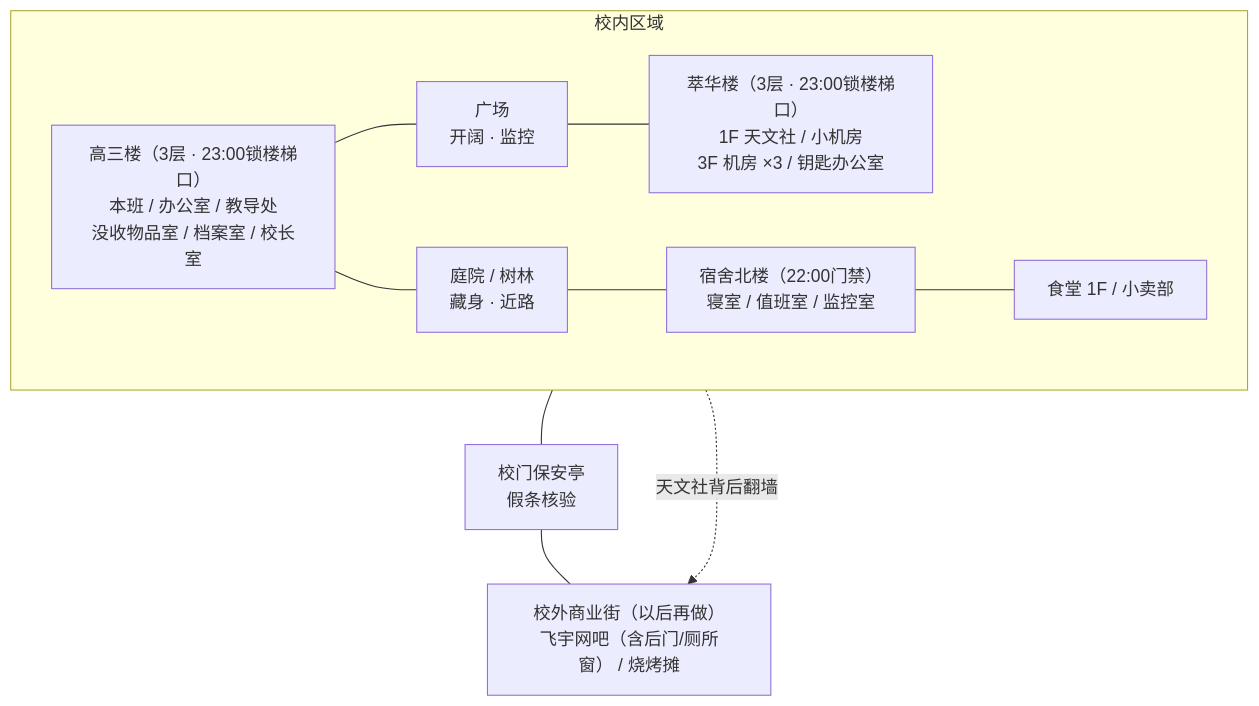
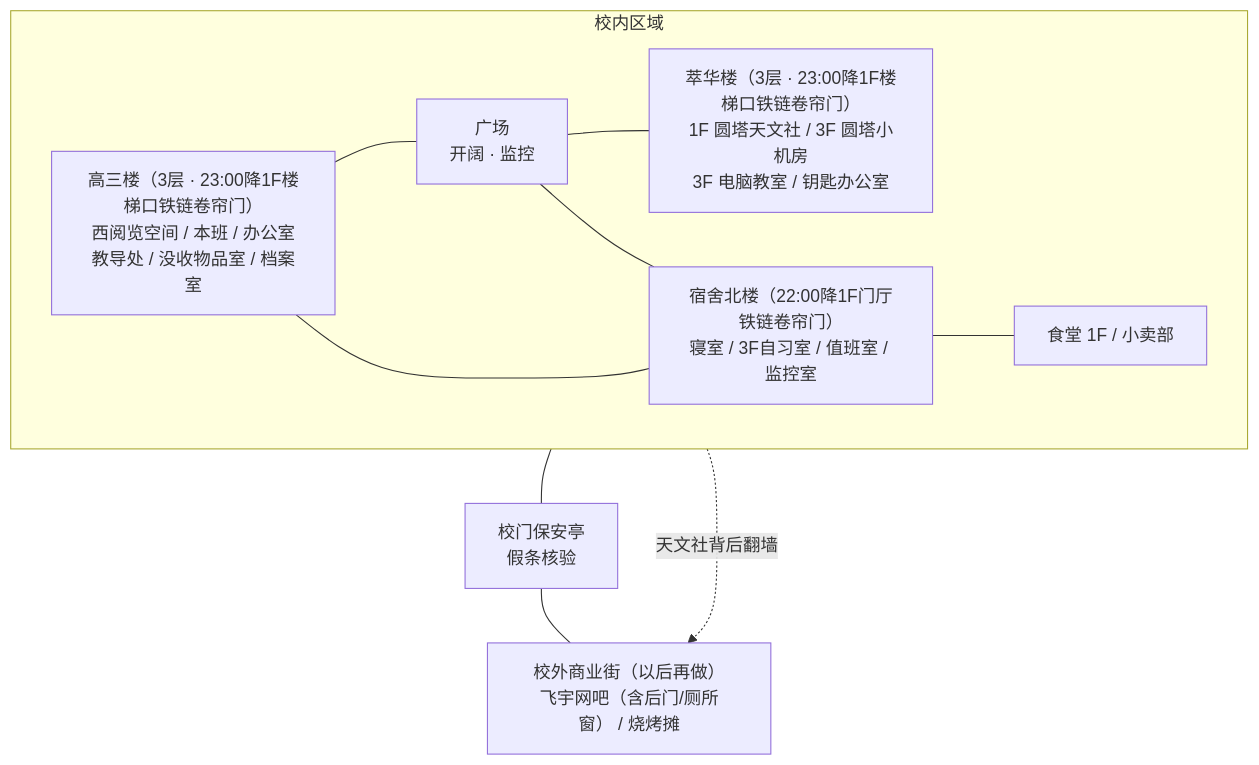
One commit to AwayC/wangzi changed the diagram in docs/systems/04_地图场景与违规交互.md. Above: the diagram before and after it, drawn with Mermaid. The commit also changed other lines of this file and 93 other files, not shown here.

Commit message:
校园地图：参数化重做紧凑校园各楼栋结构、逐层横截面与校门名牌

````diff
--- a/docs/systems/04_地图场景与违规交互.md
+++ b/docs/systems/04_地图场景与违规交互.md
@@ -19,21 +19,20 @@
 ```mermaid
 flowchart TB
     subgraph SCHOOL["校内区域"]
         direction LR
-        G3["高三楼（3层 · 23:00锁楼梯口）<br/>本班 / 办公室 / 教导处<br/>没收物品室 / 档案室 / 校长室"]
+        G3["高三楼（3层 · 23:00降1F楼梯口铁链卷帘门）<br/>西阅览空间 / 本班 / 办公室<br/>教导处 / 没收物品室 / 档案室"]
         PZ["广场<br/>开阔 · 监控"]
-        CH["萃华楼（3层 · 23:00锁楼梯口）<br/>1F 天文社 / 小机房<br/>3F 机房 ×3 / 钥匙办公室"]
-        YD["庭院 / 树林<br/>藏身 · 近路"]
-        DM["宿舍北楼（22:00门禁）<br/>寝室 / 值班室 / 监控室"]
+        CH["萃华楼（3层 · 23:00降1F楼梯口铁链卷帘门）<br/>1F 圆塔天文社 / 3F 圆塔小机房<br/>3F 电脑教室 / 钥匙办公室"]
+        DM["宿舍北楼（22:00降1F门厅铁链卷帘门）<br/>寝室 / 3F自习室 / 值班室 / 监控室"]
         SHOP["食堂 1F / 小卖部"]
         G3 --- PZ --- CH
-        G3 --- YD --- DM
-        DM --- SHOP
+        G3 --- DM --- SHOP
+        PZ --- DM
     end
 
     GATE["校门保安亭<br/>假条核验"]
     OUT["校外商业街（以后再做）<br/>飞宇网吧（含后门/厕所窗） / 烧烤摊"]
 
     PZ --- GATE --- OUT
     CH -. "天文社背后翻墙" .-> OUT
 ```
````
